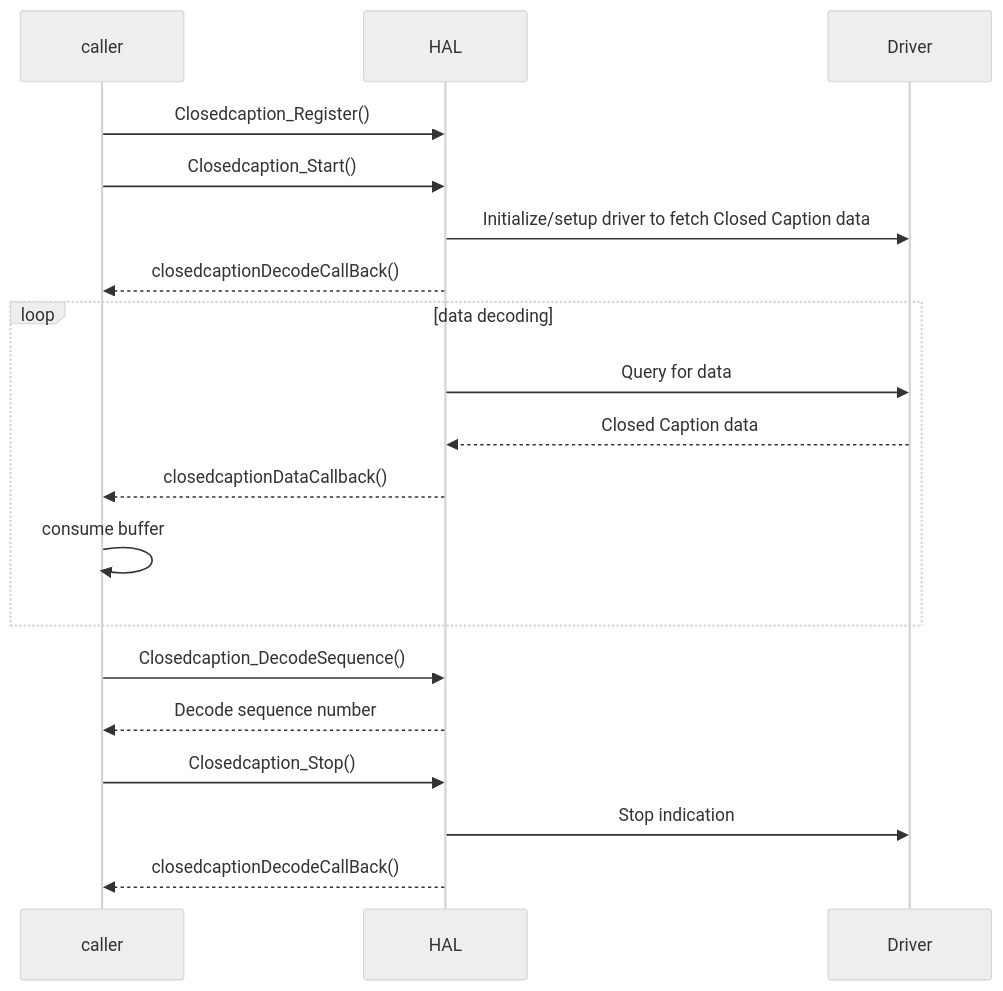
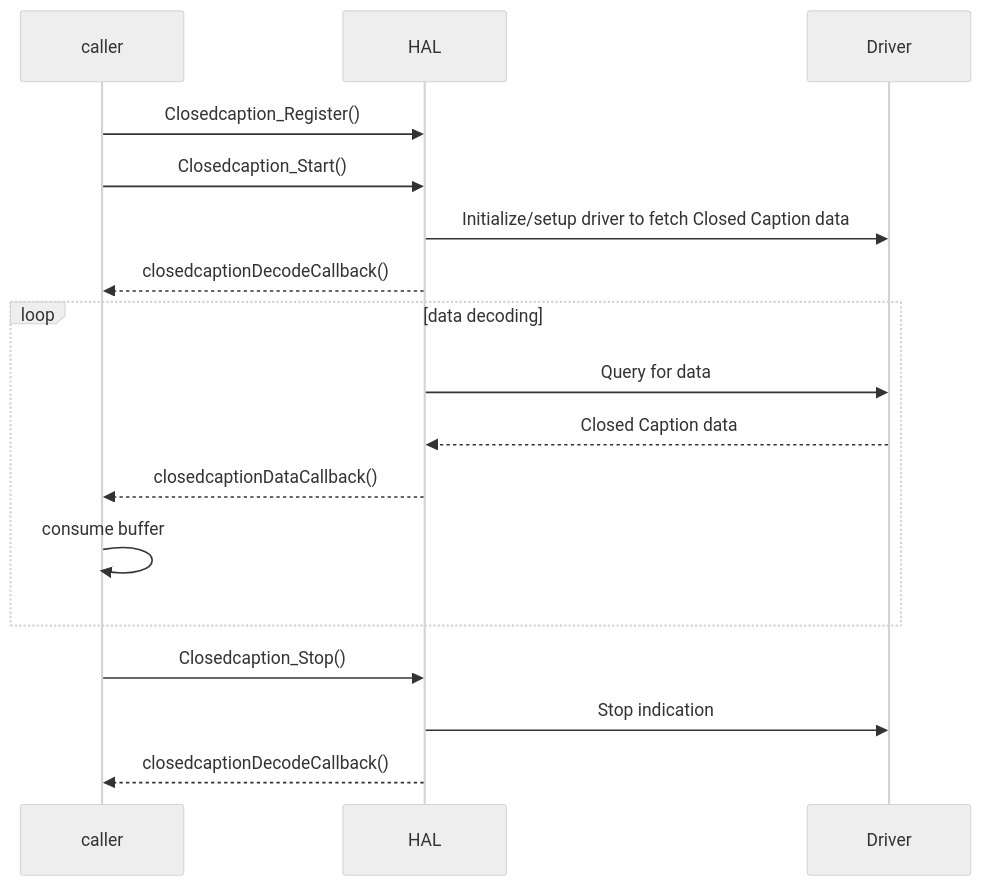
One commit to rdkcentral/rdk-halif-closed_captions changed the second of 2 diagrams in docs/pages/closed-captions_halSpec.md. Above: the diagram before and after it, drawn with Mermaid (neutral theme). The commit also changed other lines of this file and 1 other file, not shown here.

````diff
--- a/docs/pages/closed-captions_halSpec.md
+++ b/docs/pages/closed-captions_halSpec.md
@@ -171,21 +170,19 @@
 ```mermaid
    sequenceDiagram
     participant caller
     participant HAL
     participant Driver
     caller->>HAL: Closedcaption_Register()
     caller->>HAL:Closedcaption_Start()
     HAL->>Driver:Initialize/setup driver to fetch Closed Caption data
-    HAL-->> caller : closedcaptionDecodeCallBack()
+    HAL-->> caller : closedcaptionDecodeCallback()
     loop data decoding
         HAL->>Driver : Query for data
         Driver-->>HAL : Closed Caption data
         HAL-->>caller: closedcaptionDataCallback()
         caller->>caller:consume buffer
     end
-    caller->> HAL: Closedcaption_DecodeSequence()
-    HAL-->>caller:Decode sequence number
     caller->>HAL: Closedcaption_Stop()
     HAL->>Driver: Stop indication
-    HAL-->>caller: closedcaptionDecodeCallBack()
+    HAL-->>caller: closedcaptionDecodeCallback()
  ```
````
